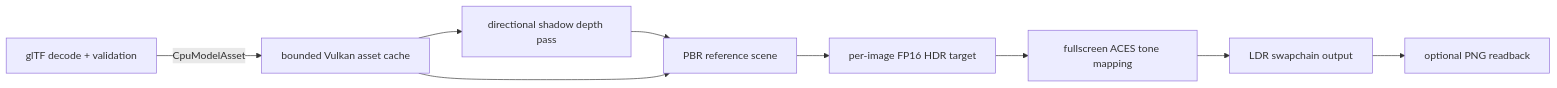
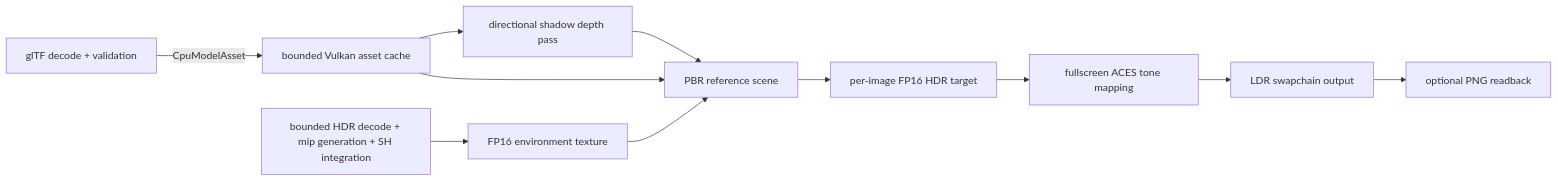
The diagram in docs/rendering/vulkan-pipeline.md (LarpingAgent/Project3.6k), drawn with Mermaid before and after one commit. The commit also changed other lines of this file and 16 other files, not shown here.

Commit message:
feat(rendering): add HDR environment image lighting

````diff
--- a/docs/rendering/vulkan-pipeline.md
+++ b/docs/rendering/vulkan-pipeline.md
@@ -21,11 +26,13 @@
 ```mermaid
 flowchart LR
   CPU[glTF decode + validation] -->|CpuModelAsset| GPU[bounded Vulkan asset cache]
+  HDRI[bounded HDR decode + mip generation + SH integration] --> EnvGPU[FP16 environment texture]
   GPU --> Shadow[directional shadow depth pass]
   Shadow --> Scene[PBR reference scene]
+  EnvGPU --> Scene
   GPU --> Scene
   Scene --> HDR[per-image FP16 HDR target]
   HDR --> ToneMap[fullscreen ACES tone mapping]
   ToneMap --> LDR[LDR swapchain output]
   LDR --> Capture[optional PNG readback]
 ```
````
